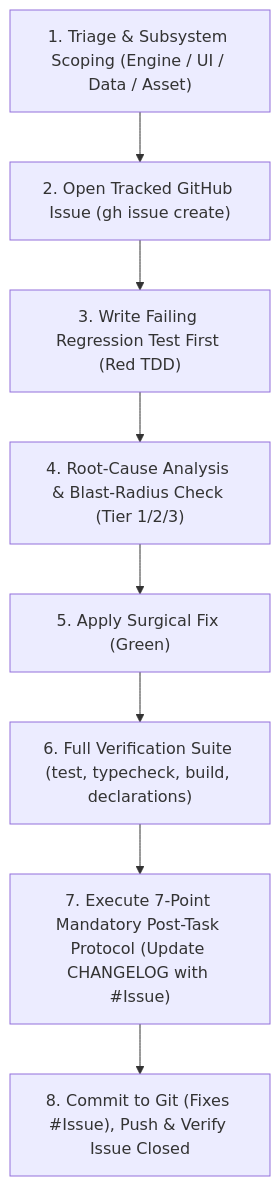
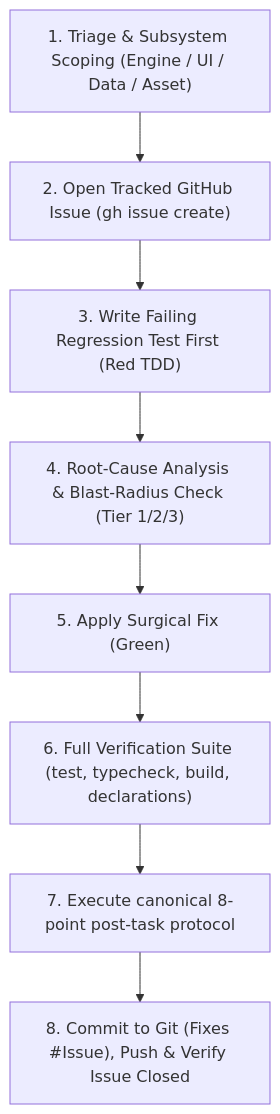
One commit to SteveRodrigue/MCD changed the diagram in .agents/skills/bug-fix/SKILL.md. Above: the diagram before and after it, drawn with Mermaid. The commit also changed other lines of this file and 11 other files, not shown here.

````diff
--- a/.agents/skills/bug-fix/SKILL.md
+++ b/.agents/skills/bug-fix/SKILL.md
@@ -44,10 +44,10 @@
 ```mermaid
 flowchart TD
     S1["1. Triage & Subsystem Scoping (Engine / UI / Data / Asset)"] --> S2["2. Open Tracked GitHub Issue (gh issue create)"]
     S2 --> S3["3. Write Failing Regression Test First (Red TDD)"]
     S3 --> S4["4. Root-Cause Analysis & Blast-Radius Check (Tier 1/2/3)"]
     S4 --> S5["5. Apply Surgical Fix (Green)"]
     S5 --> S6["6. Full Verification Suite (test, typecheck, build, declarations)"]
-    S6 --> S7["7. Execute 7-Point Mandatory Post-Task Protocol (Update CHANGELOG with #Issue)"]
+    S6 --> S7["7. Execute canonical 8-point post-task protocol"]
     S7 --> S8["8. Commit to Git (Fixes #Issue), Push & Verify Issue Closed"]
 ```
````
